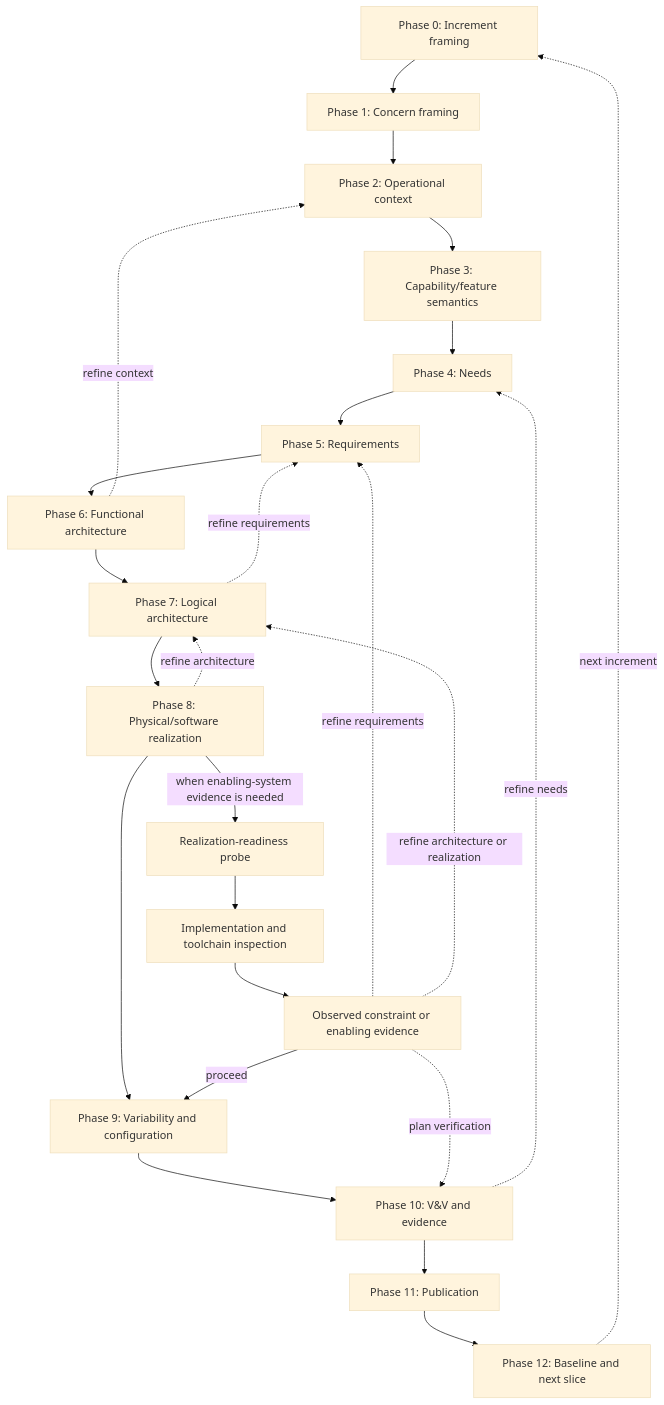
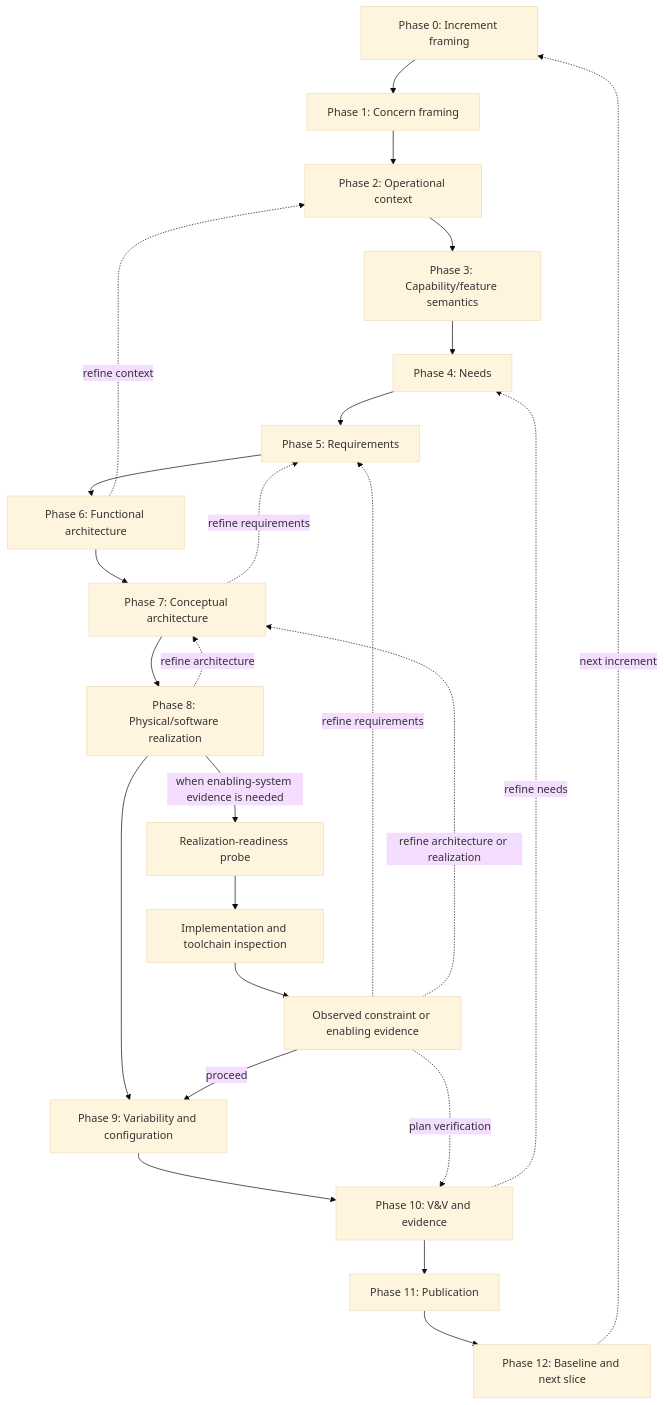
One commit to de4sdv/DE4SDV changed the diagram in methodologies/sysmod-sysmlv2/process-mapping.md. Above: the diagram before and after it, drawn with Mermaid (base theme). The commit also changed other lines of this file and 45 other files, not shown here.

First line of the commit message:
refactor(saf): align Logical* viewpoint names with current SAF Conceptual domain (#98)

````diff
--- a/methodologies/sysmod-sysmlv2/process-mapping.md
+++ b/methodologies/sysmod-sysmlv2/process-mapping.md
@@ -65,34 +65,34 @@
 ```mermaid
 graph TD
     P0[Phase 0: Increment framing]
     P1[Phase 1: Concern framing]
     P2[Phase 2: Operational context]
     P3[Phase 3: Capability/feature semantics]
     P4[Phase 4: Needs]
     P5[Phase 5: Requirements]
     P6[Phase 6: Functional architecture]
-    P7[Phase 7: Logical architecture]
+    P7[Phase 7: Conceptual architecture]
     P8[Phase 8: Physical/software realization]
     P9[Phase 9: Variability and configuration]
     P10[Phase 10: V&V and evidence]
     P11[Phase 11: Publication]
     P12[Phase 12: Baseline and next slice]
 
     P0 --> P1 --> P2 --> P3 --> P4 --> P5
     P5 --> P6 --> P7 --> P8 --> P9 --> P10
     P10 --> P11 --> P12
     P12 -.->|"next increment"| P0
 
     P8 -->|"when enabling-system evidence is needed"| RP[Realization-readiness probe]
     RP --> RI[Implementation and toolchain inspection]
     RI --> RE[Observed constraint or enabling evidence]
     RE -->|"proceed"| P9
     RE -.->|"refine requirements"| P5
     RE -.->|"refine architecture or realization"| P7
     RE -.->|"plan verification"| P10
 
     P7 -.->|"refine requirements"| P5
     P8 -.->|"refine architecture"| P7
     P10 -.->|"refine needs"| P4
     P6 -.->|"refine context"| P2
 ```
````
